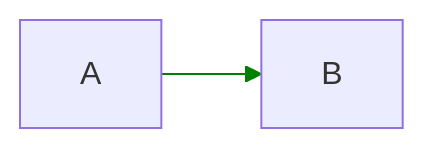
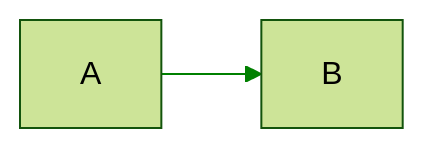
One commit to jeffatoptics/jeff-minima changed the second of 7 diagrams in _posts/2022-05-01-test-mermaid.md. Above: the diagram before and after it, drawn with Mermaid. The commit also changed other lines of this file and 1 other file, not shown here.

Commit message:
mermaid update

```diff
--- a/_posts/2022-05-01-test-mermaid.md
+++ b/_posts/2022-05-01-test-mermaid.md
@@ -42,5 +43,5 @@
 <div class="mermaid">
-%%{init: {'theme':'default', 'themeVariables': { 'lineColor': 'green' }}}%%
+%%{init: {'theme':'forest', 'themeVariables': { 'lineColor': 'green' }}}%%
 graph LR;
   A-->B;
 </div>
```
